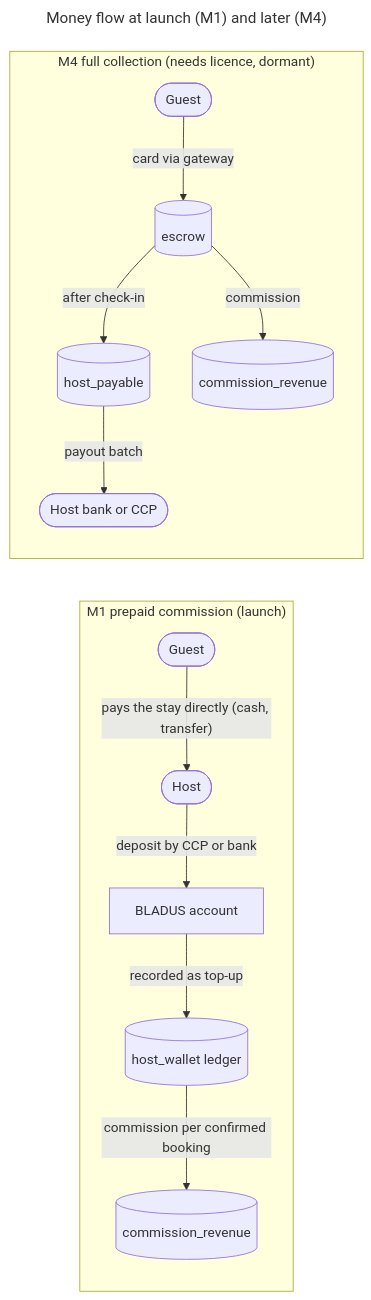
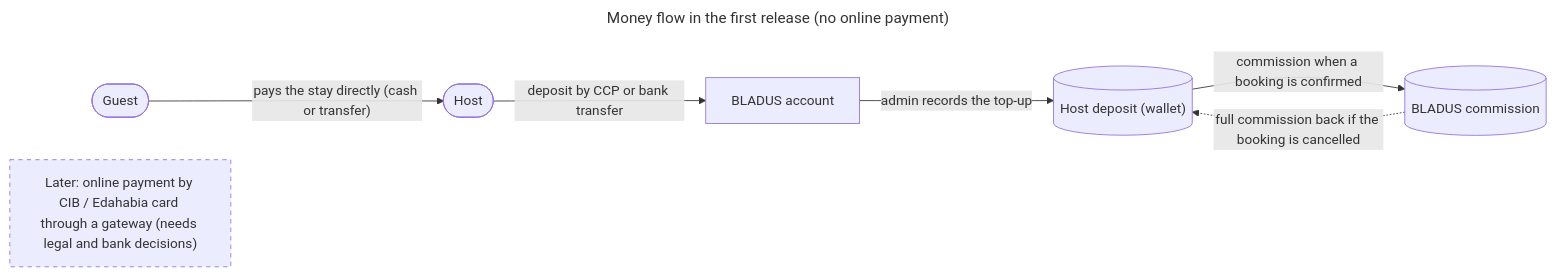
The diagram in docs/backend/diagrams/30-money-flow.mmd (med-amine-ok/darna), drawn with Mermaid before and after one commit. The commit also changed 340 other files, not shown here.

```diff
--- a/docs/backend/diagrams/30-money-flow.mmd
+++ b/docs/backend/diagrams/30-money-flow.mmd
@@ -1,16 +1,11 @@
 ---
-title: Money flow at launch (M1) and later (M4)
+title: Money flow in the first release (no online payment)
 ---
 flowchart LR
-    subgraph M1["M1 prepaid commission (launch)"]
-        g1(["Guest"]) -- "pays the stay directly (cash, transfer)" --> h1(["Host"])
-        h1 -- "deposit by CCP or bank" --> b1["BLADUS account"]
-        b1 -- "recorded as top-up" --> w1[("host_wallet ledger")]
-        w1 -- "commission per confirmed booking" --> r1[("commission_revenue")]
-    end
-    subgraph M4["M4 full collection (needs licence, dormant)"]
-        g4(["Guest"]) -- "card via gateway" --> e4[("escrow")]
-        e4 -- "after check-in" --> hp4[("host_payable")]
-        e4 -- "commission" --> r4[("commission_revenue")]
-        hp4 -- "payout batch" --> h4(["Host bank or CCP"])
-    end
+    g1(["Guest"]) -- "pays the stay directly (cash or transfer)" --> h1(["Host"])
+    h1 -- "deposit by CCP or bank transfer" --> b1["BLADUS account"]
+    b1 -- "admin records the top-up" --> w1[("Host deposit (wallet)")]
+    w1 -- "commission when a booking is confirmed" --> r1[("BLADUS commission")]
+    r1 -. "full commission back if the booking is cancelled" .-> w1
+    later["Later: online payment by CIB / Edahabia card through a gateway (needs legal and bank decisions)"]
+    style later stroke-dasharray: 5 5
```
